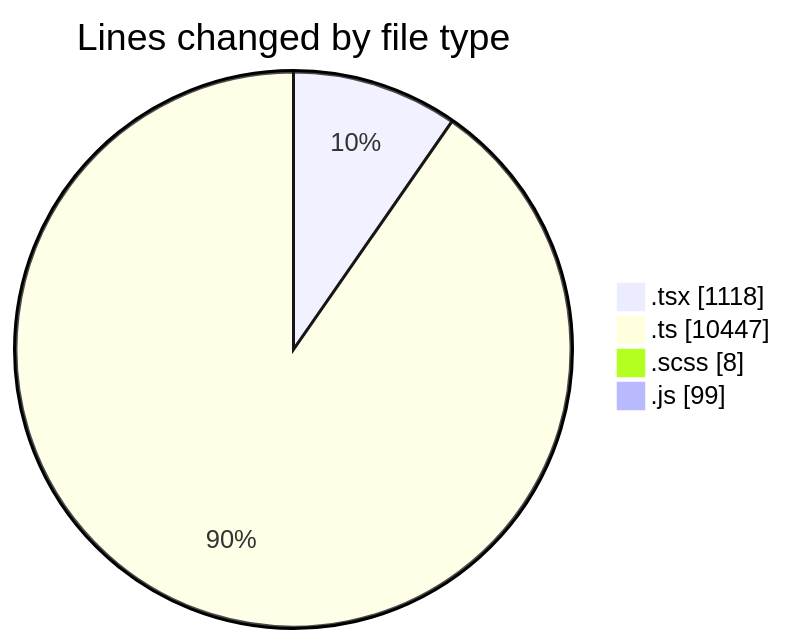
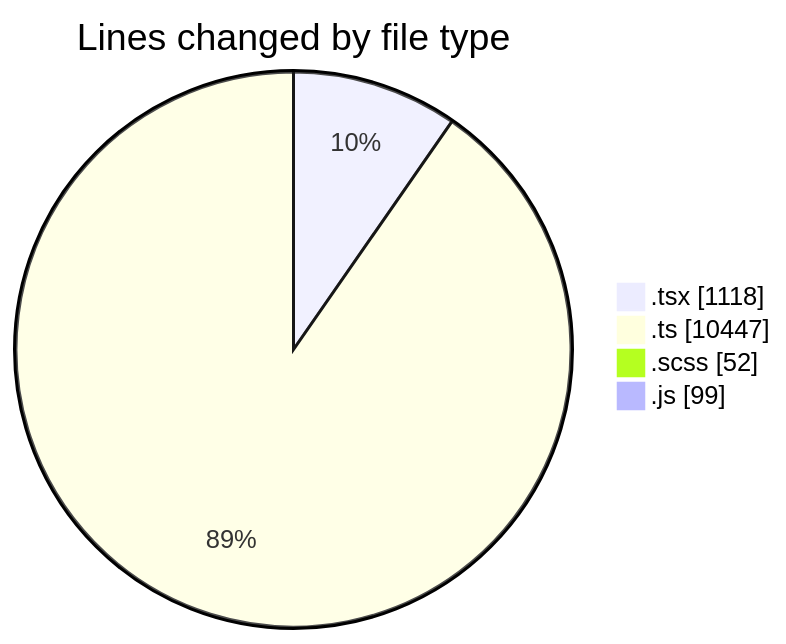
One commit to momahboobian/code-tracking changed the first of 2 diagrams in 2025-03-26/cda/README.md. Above: the diagram before and after it, drawn with Mermaid. The commit also changed other lines of this file and 1 other file, not shown here.

````diff
--- a/2025-03-26/cda/README.md
+++ b/2025-03-26/cda/README.md
@@ -41,8 +42,8 @@
 ```mermaid
 pie showData
 title Lines changed by file type
 ".tsx" : 1118
 ".ts" : 10447
-".scss" : 8
+".scss" : 52
 ".js" : 99
 ```
````
